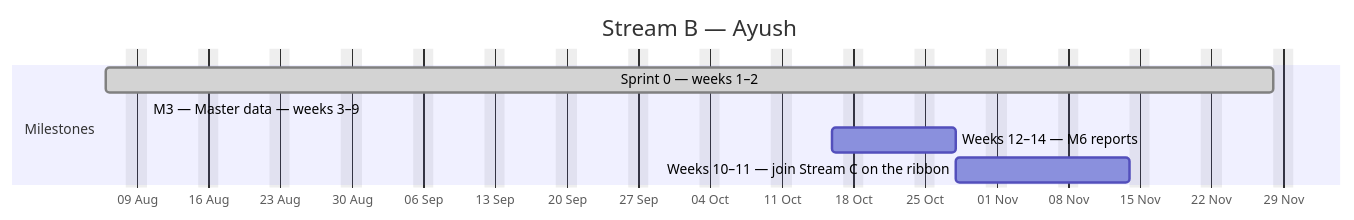
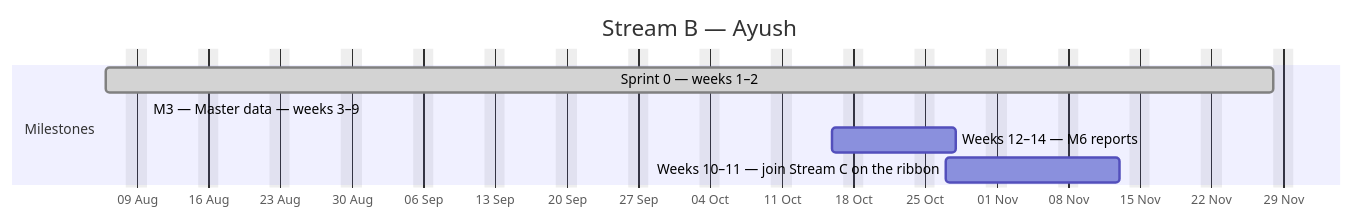
One commit to debashisedunext/EduTrack changed the second of 4 diagrams in docs/plan/GANTT.md. Above: the diagram before and after it, drawn with Mermaid. The commit also changed other lines of this file and 3 other files, not shown here.

````diff
--- a/docs/plan/GANTT.md
+++ b/docs/plan/GANTT.md
@@ -143,12 +138,12 @@
 ```mermaid
 gantt
     dateFormat YYYY-MM-DD
     axisFormat %d %b
     title Stream B — Ayush
     excludes weekends
     section Milestones
     Sprint 0 — weeks 1–2 :done, b0, 2026-08-06, 82d
     M3 — Master data — weeks 3–9 :active, b1, 2026-08-10, -14d
     Weeks 12–14 — M6 reports :b2, 2026-10-16, 8d
-    Weeks 10–11 — join Stream C on the ribbon :b3, 2026-10-28, 13d
+    Weeks 10–11 — join Stream C on the ribbon :b3, 2026-10-27, 13d
 ```
````
